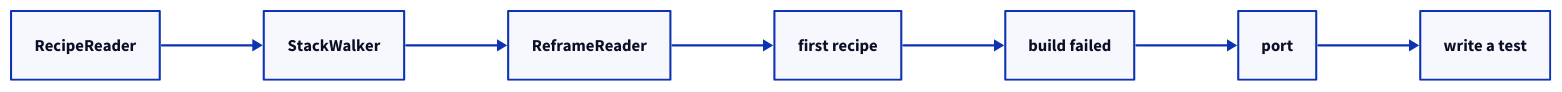
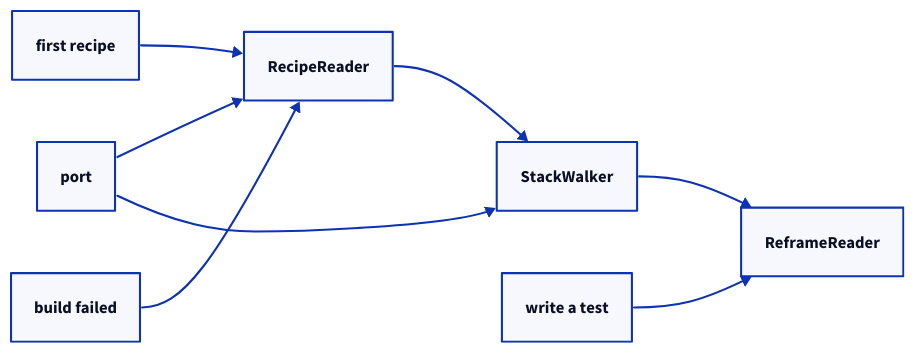
One commit to HaoZeke/what-easybuild-is-doing changed the diagram in source/_static/diagrams/index-journeys-cross.d2. Above: the diagram before and after it, drawn with D2. The commit also changed 2 other files, not shown here.

```diff
--- a/source/_static/diagrams/index-journeys-cross.d2
+++ b/source/_static/diagrams/index-journeys-cross.d2
@@ -1,14 +1,14 @@
 direction: right
-n0: "RecipeReader"
-n1: "StackWalker"
-n2: "ReframeReader"
-n3: "first recipe"
-n4: "build failed"
-n5: "port"
-n6: "write a test"
-n0 -> n1
-n1 -> n2
-n2 -> n3
-n3 -> n4
-n4 -> n5
-n5 -> n6
+rr: RecipeReader
+sw: StackWalker
+rf: ReframeReader
+j1: first recipe
+j2: build failed
+j3: port
+j4: write a test
+j1 -> rr
+j2 -> rr
+j3 -> rr
+j3 -> sw
+j4 -> rf
+rr -> sw -> rf
```
